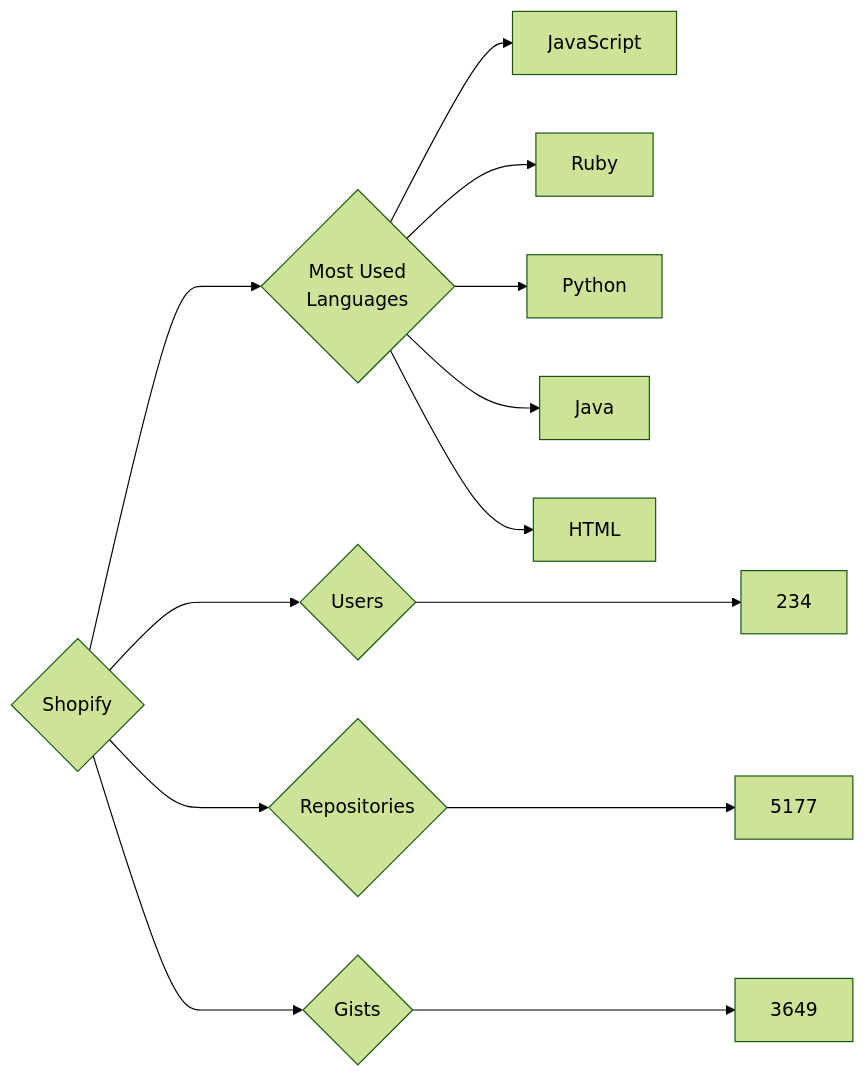
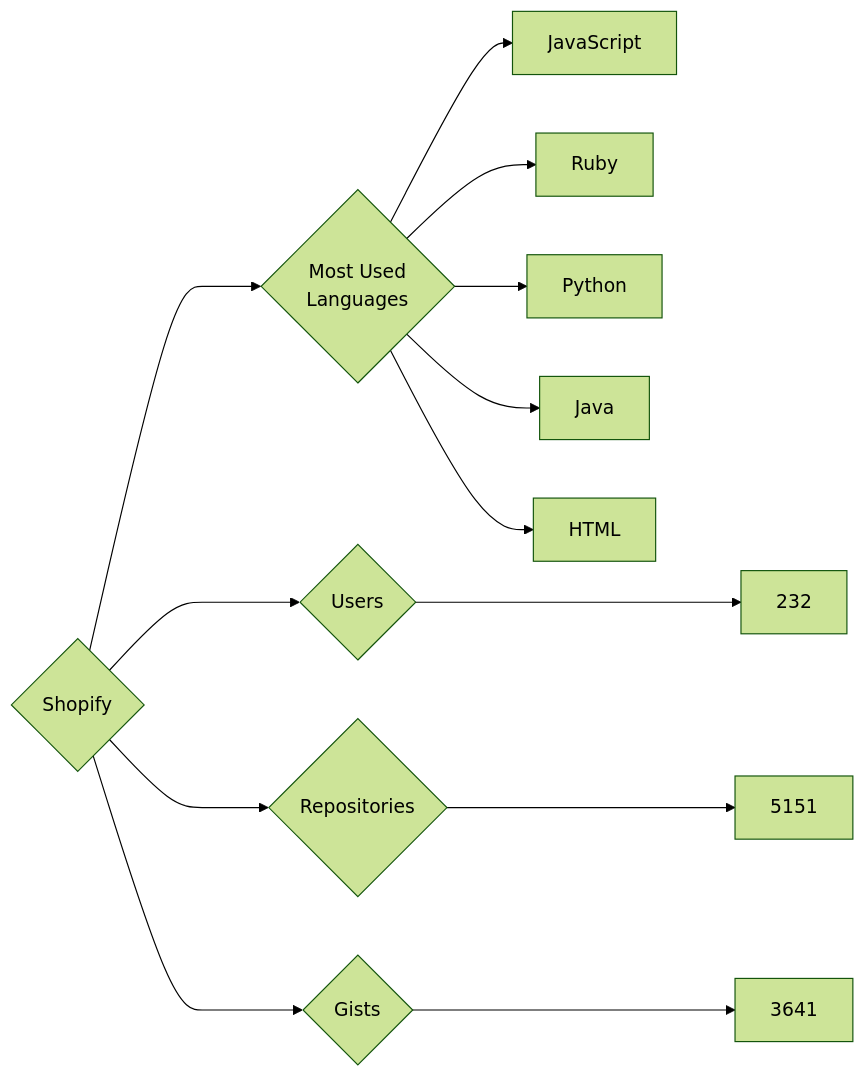
One commit to trickest/insiders changed the diagram in targets/Shopify/README.md. Above: the diagram before and after it, drawn with Mermaid (forest theme). The commit also changed 928 other files, not shown here.

````diff
--- a/targets/Shopify/README.md
+++ b/targets/Shopify/README.md
@@ -3,13 +3,13 @@
 ```mermaid
 graph LR
 COMPANY_NAME{Shopify}
-COMPANY_NAME ---> U{Users} ---> UN[234]
-COMPANY_NAME ---> R{Repositories} ---> RN[5177]
-COMPANY_NAME ---> G{Gists} ---> GN[3649]
+COMPANY_NAME ---> U{Users} ---> UN[232]
+COMPANY_NAME ---> R{Repositories} ---> RN[5151]
+COMPANY_NAME ---> G{Gists} ---> GN[3641]
 COMPANY_NAME ---> ML{Most Used<br>Languages}
 ML --> JavaScript[JavaScript]
 ML --> Ruby[Ruby]
 ML --> Python[Python]
 ML --> Java[Java]
 ML --> HTML[HTML]
 ```
````
